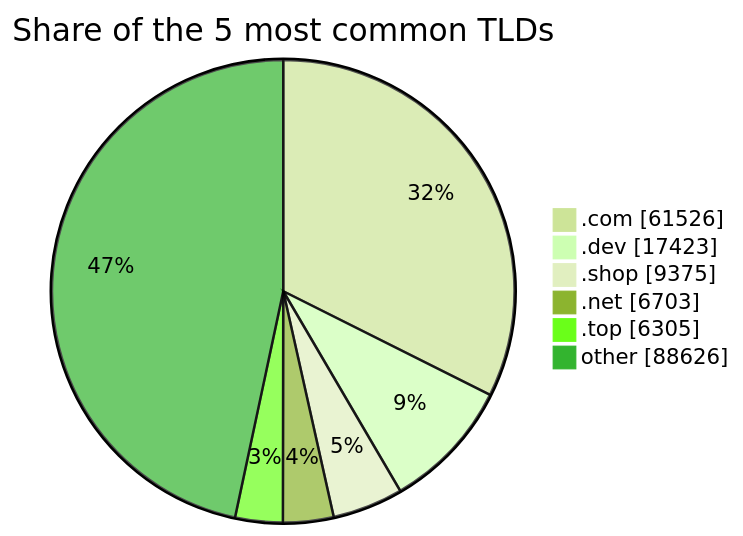
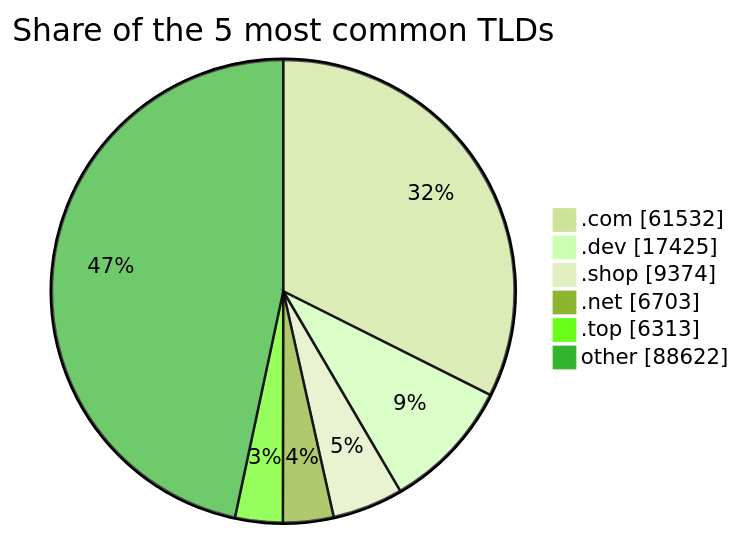
The third of 3 diagrams in README.md (DNSBunker/CTI), drawn with Mermaid (forest theme) before and after one commit. The commit also changed other lines of this file and 3 other files, not shown here.

````diff
--- a/README.md
+++ b/README.md
@@ -81,9 +81,9 @@
 ```mermaid
 pie showData title Share of the 5 most common TLDs
-    ".com" : 61526
-    ".dev" : 17423
-    ".shop" : 9375
+    ".com" : 61532
+    ".dev" : 17425
+    ".shop" : 9374
     ".net" : 6703
-    ".top" : 6305
-    "other" : 88626
+    ".top" : 6313
+    "other" : 88622
 ```
````
